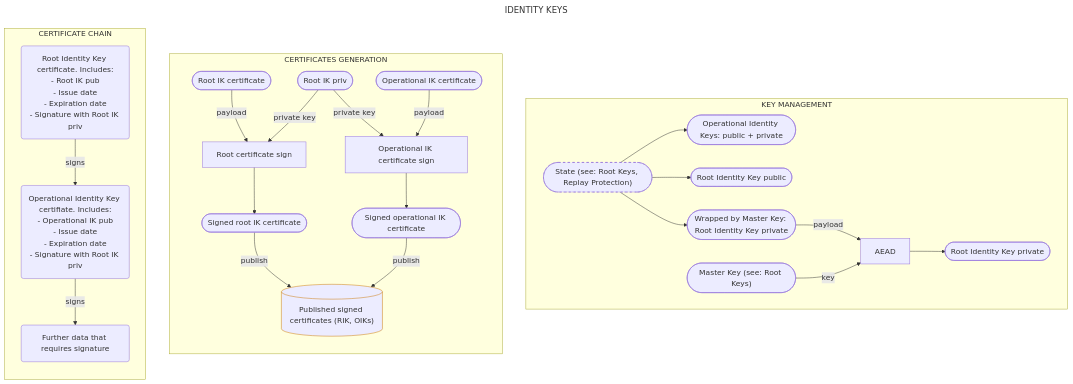
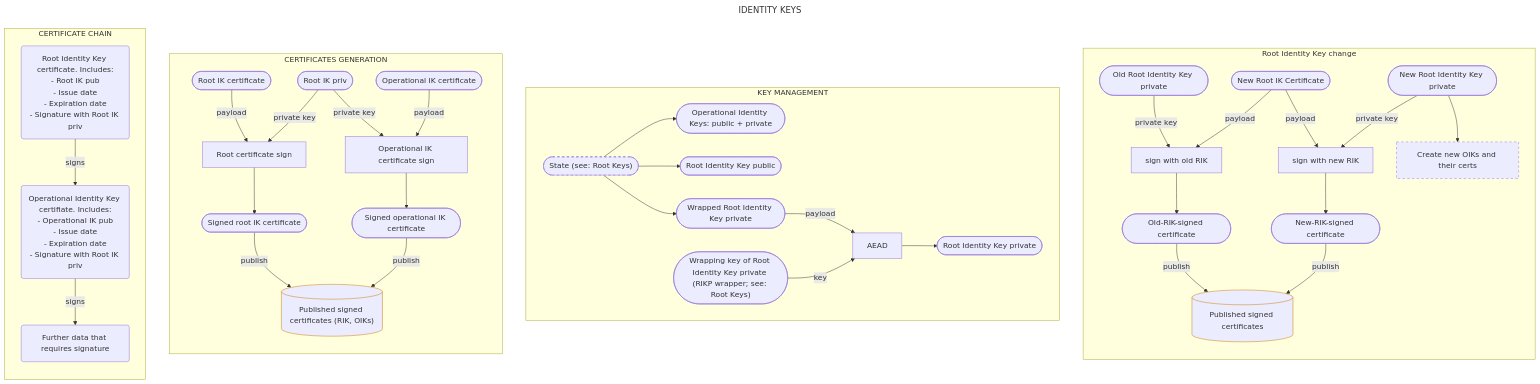
The diagram in crypto-protocol/identity-keys.mmd (noIdeaForTheUsername/chat), drawn with Mermaid before and after one commit. The commit also changed 3 other files, not shown here.

Commit message:
added "Contacts and discovery" crypto diagram

```diff
--- a/crypto-protocol/identity-keys.mmd
+++ b/crypto-protocol/identity-keys.mmd
@@ -1,62 +1,79 @@
 ---
 title: IDENTITY KEYS
 ---
 %% Made in Mermaid (https://mermaid.live)
 %% ORANGE border means server-side storage and WHITE border means client-only access (the diagrams broke when they were split into 2 subgraphs)
 
 flowchart TB
+  classDef serverStored stroke:#C70
+  classDef dashed stroke-dasharray: 5 5
+
+  subgraph "Root Identity Key change"
+    direction TB
+    newRootIkPriv(["New Root Identity Key private"]) -->|private key| newRootCertSign["sign with new RIK"]
+    newRootCert(["New Root IK Certificate"]) -->|payload| newRootCertSign
+    newRootCertSign --> signedNewRootCert(["New-RIK-signed certificate"])
+
+    newRootCert -->|payload| newRootCertSignWithOldRik["sign with old RIK"]
+    oldRootIkPriv(["Old Root Identity Key private"]) -->|private key| newRootCertSignWithOldRik
+    newRootCertSignWithOldRik --> signedNewRootCertWithOldRik(["Old-RIK-signed certificate"])
+
+    signedNewRootCert -->|publish| publishedCertificates2[("Published signed certificates")]
+    signedNewRootCertWithOldRik -->|publish| publishedCertificates2
+    class publishedCertificates2 serverStored
+
+    newRootIkPriv --> newOiks["Create new OIKs and their certs"]
+    class newOiks dashed
+  end
 
   subgraph "KEY MANAGEMENT"
-    classDef serverStored stroke:#C70
-    classDef dashed stroke-dasharray: 5 5
-
     %% Client
-    state(["State (see: Root Keys, Replay Protection)"]) --> oiksPriv(["Operational Identity Keys: public + private"])
+    state(["State (see: Root Keys)"]) --> oiksPriv(["Operational Identity Keys: public + private"])
     class state dashed
     state --> rootIkPub(["Root Identity Key public"])
-    state --> wrappedRootIkPriv(["Wrapped by Master Key: Root Identity Key private"])
+    state --> wrappedRootIkPriv(["Wrapped Root Identity Key private"])
     wrappedRootIkPriv -->|payload| rootIkPrivAead["AEAD"]
-    masterKey(["Master Key (see: Root Keys)"]) -->|key| rootIkPrivAead["AEAD"]
+    rikpWrapper(["Wrapping key of Root Identity Key private (RIKP wrapper; see: Root Keys)"]) -->|key| rootIkPrivAead["AEAD"]
     rootIkPrivAead --> rootIkPriv2(["Root Identity Key private"])
   end
 
 
   subgraph "CERTIFICATES GENERATION"
     direction TB
     %% Root certificate
     rootCert(["Root IK certificate"])
       -->|payload| rootCertSign["Root certificate sign"]
     rootIkPriv(["Root IK priv"]) -->|private key| rootCertSign
     rootCertSign --> signedRootCert(["Signed root IK certificate"])
 
     %% Operational keys
     rootIkPriv -->|private key| oikSign["Operational IK certificate sign"]
     oikCert(["Operational IK certificate"]) -->|payload| oikSign
     oikSign --> signedOikCert(["Signed operational IK certificate"])
 
     %% Publishment on the server
     signedRootCert -->|publish| publishedCertificates[("Published signed certificates (RIK, OIKs)")]
     signedOikCert -->|publish| publishedCertificates
     class publishedCertificates serverStored
   end
 
 
   subgraph "CERTIFICATE CHAIN"
     direction TB
 
     rootCertOverview("`
       Root Identity Key certificate. Includes:
       - Root IK pub
       - Issue date
       - Expiration date
       - Signature with Root IK priv`")
     
     rootCertOverview -->|signs| operationalCertOverview("`
     Operational Identity Key certifiate. Includes:
     - Operational IK pub
     - Issue date
     - Expiration date
     - Signature with Root IK priv`")
 
     operationalCertOverview -->|signs| signedData("Further data that requires signature")
   end
```
